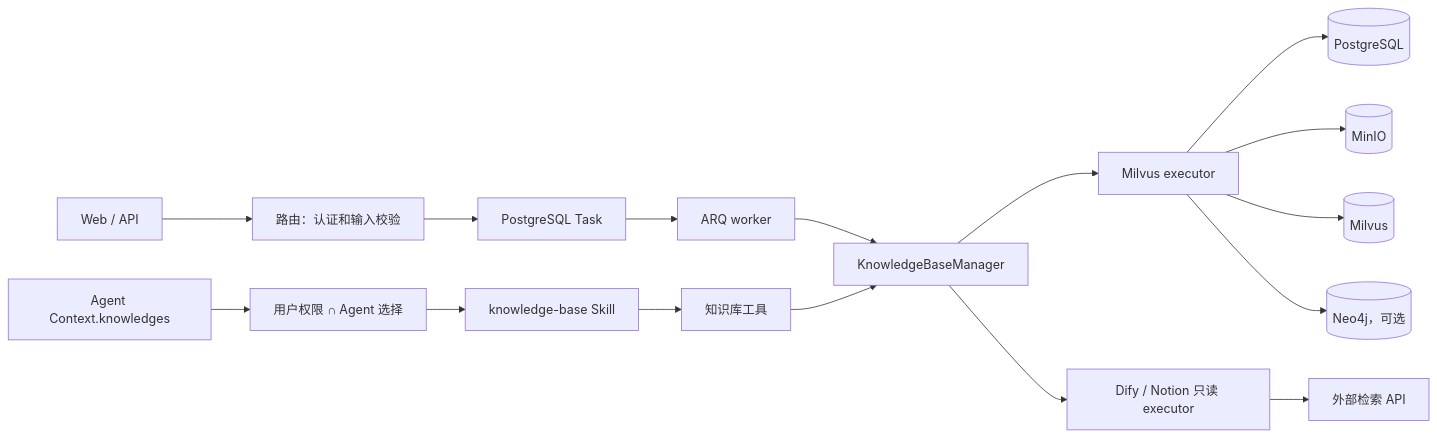
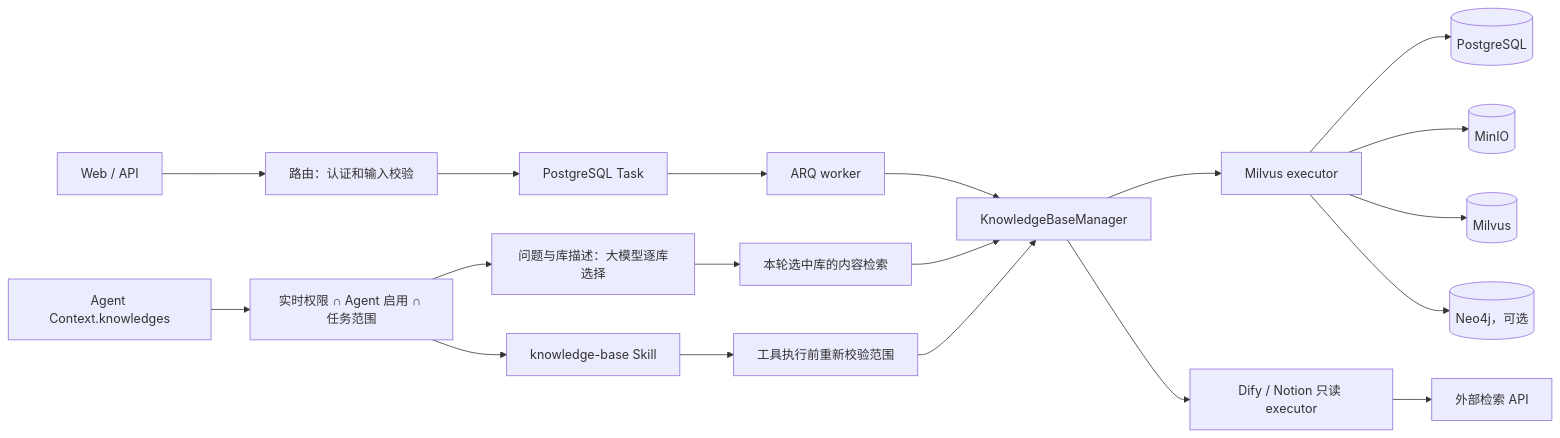
One commit to liaozd2025/agents-platform changed the first of 2 diagrams in docs/mechanisms/knowledge-base.md. Above: the diagram before and after it, drawn with Mermaid. The commit also changed other lines of this file and 39 other files, not shown here.

````diff
--- a/docs/mechanisms/knowledge-base.md
+++ b/docs/mechanisms/knowledge-base.md
@@ -18,19 +18,22 @@
 ```mermaid
 flowchart LR
     UI["Web / API"] --> Router["路由：认证和输入校验"]
     Router --> Task["PostgreSQL Task"]
     Task --> Worker["ARQ worker"]
     Worker --> Manager["KnowledgeBaseManager"]
     Manager --> MilvusKB["Milvus executor"]
     Manager --> Connector["Dify / Notion 只读 executor"]
     MilvusKB --> PG[("PostgreSQL")]
     MilvusKB --> Object[("MinIO")]
     MilvusKB --> Vector[("Milvus")]
     MilvusKB --> Graph[("Neo4j，可选")]
     Connector --> External["外部检索 API"]
 
-    Context["Agent Context.knowledges"] --> Visible["用户权限 ∩ Agent 选择"]
+    Context["Agent Context.knowledges"] --> Visible["实时权限 ∩ Agent 启用 ∩ 任务范围"]
+    Visible --> Selector["问题与库描述：大模型逐库选择"]
+    Selector --> Retrieval["本轮选中库的内容检索"]
+    Retrieval --> Manager
     Visible --> Skill["knowledge-base Skill"]
-    Skill --> Tools["知识库工具"]
+    Skill --> Tools["工具执行前重新校验范围"]
     Tools --> Manager
 ```
````
